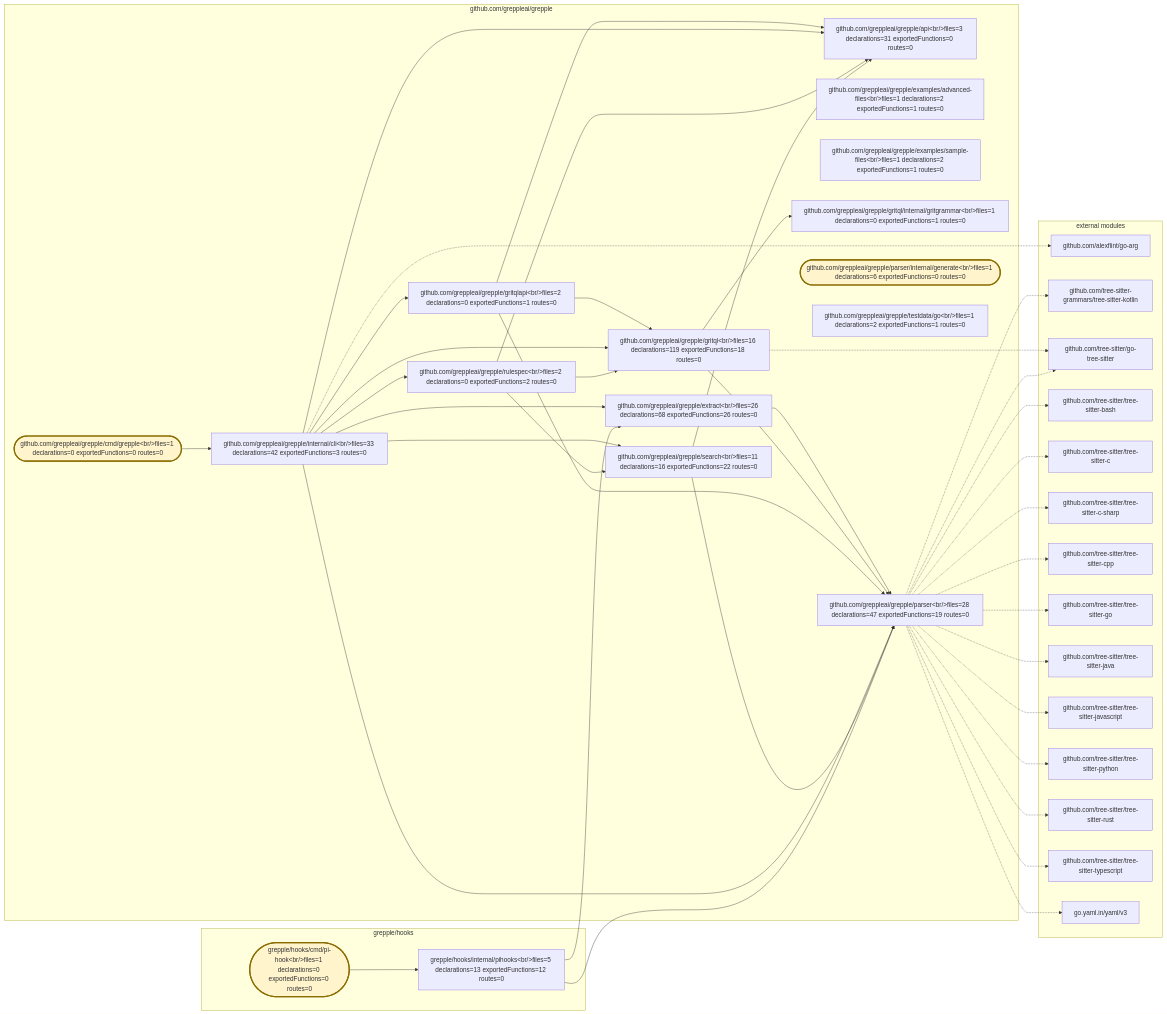
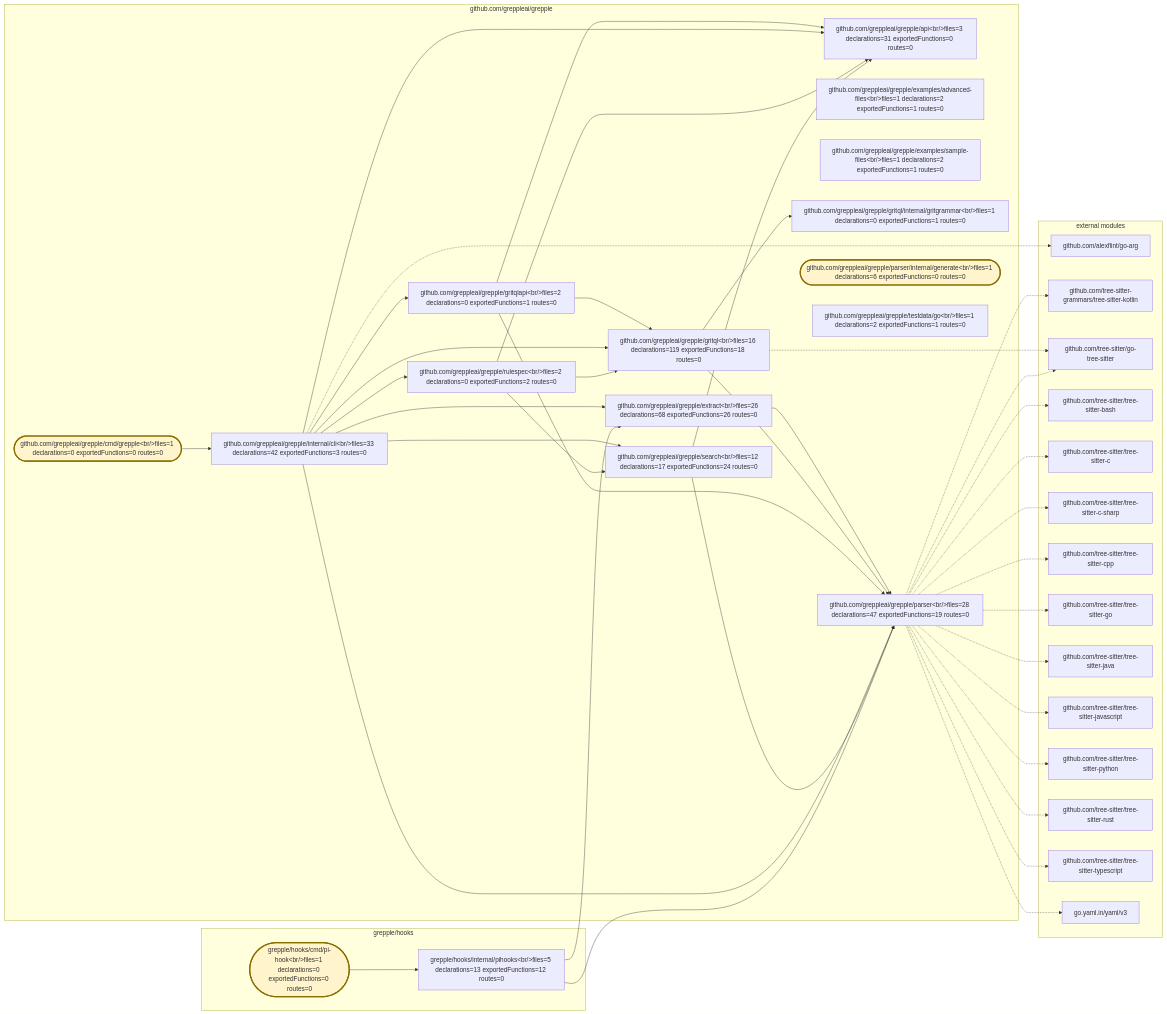
Before and after one commit to greppleai/grepple: the diagram in .grepple/project.workspace/overview.mmd, drawn with Mermaid. The commit also changed 16 other files, not shown here.

Commit message:
feat: filter focused graph queries

```diff
--- a/.grepple/project.workspace/overview.mmd
+++ b/.grepple/project.workspace/overview.mmd
@@ -1,78 +1,78 @@
 flowchart LR
     classDef entrypoint fill:#fff4cc,stroke:#8a6d00,stroke-width:3px
     subgraph module_0["github.com/greppleai/grepple"]
         package_0["github.com/greppleai/grepple/api&lt;br/&gt;files=3 declarations=31 exportedFunctions=0 routes=0"]
         package_1(["github.com/greppleai/grepple/cmd/grepple&lt;br/&gt;files=1 declarations=0 exportedFunctions=0 routes=0"])
         class package_1 entrypoint
         package_2["github.com/greppleai/grepple/examples/advanced-files&lt;br/&gt;files=1 declarations=2 exportedFunctions=1 routes=0"]
         package_3["github.com/greppleai/grepple/examples/sample-files&lt;br/&gt;files=1 declarations=2 exportedFunctions=1 routes=0"]
         package_4["github.com/greppleai/grepple/extract&lt;br/&gt;files=26 declarations=68 exportedFunctions=26 routes=0"]
         package_5["github.com/greppleai/grepple/gritql&lt;br/&gt;files=16 declarations=119 exportedFunctions=18 routes=0"]
         package_6["github.com/greppleai/grepple/gritql/internal/gritgrammar&lt;br/&gt;files=1 declarations=0 exportedFunctions=1 routes=0"]
         package_7["github.com/greppleai/grepple/gritqlapi&lt;br/&gt;files=2 declarations=0 exportedFunctions=1 routes=0"]
         package_8["github.com/greppleai/grepple/internal/cli&lt;br/&gt;files=33 declarations=42 exportedFunctions=3 routes=0"]
         package_9["github.com/greppleai/grepple/parser&lt;br/&gt;files=28 declarations=47 exportedFunctions=19 routes=0"]
         package_10(["github.com/greppleai/grepple/parser/internal/generate&lt;br/&gt;files=1 declarations=6 exportedFunctions=0 routes=0"])
         class package_10 entrypoint
         package_11["github.com/greppleai/grepple/rulespec&lt;br/&gt;files=2 declarations=0 exportedFunctions=2 routes=0"]
-        package_12["github.com/greppleai/grepple/search&lt;br/&gt;files=11 declarations=16 exportedFunctions=22 routes=0"]
+        package_12["github.com/greppleai/grepple/search&lt;br/&gt;files=12 declarations=17 exportedFunctions=24 routes=0"]
         package_13["github.com/greppleai/grepple/testdata/go&lt;br/&gt;files=1 declarations=2 exportedFunctions=1 routes=0"]
     end
     subgraph module_1["grepple/hooks"]
         package_14(["grepple/hooks/cmd/pi-hook&lt;br/&gt;files=1 declarations=0 exportedFunctions=0 routes=0"])
         class package_14 entrypoint
         package_15["grepple/hooks/internal/pihooks&lt;br/&gt;files=5 declarations=13 exportedFunctions=12 routes=0"]
     end
     package_1 --> package_8
     package_4 --> package_9
     package_5 --> package_6
     package_5 --> package_9
     package_7 --> package_0
     package_7 --> package_5
     package_7 --> package_9
     package_8 --> package_0
     package_8 --> package_4
     package_8 --> package_5
     package_8 --> package_7
     package_8 --> package_9
     package_8 --> package_11
     package_8 --> package_12
     package_11 --> package_0
     package_11 --> package_5
     package_11 --> package_12
     package_12 --> package_0
     package_12 --> package_9
     package_14 --> package_15
     package_15 --> package_4
     package_15 --> package_9
     subgraph external_dependencies["external modules"]
         external_0["github.com/alexflint/go-arg"]
         external_1["github.com/tree-sitter-grammars/tree-sitter-kotlin"]
         external_2["github.com/tree-sitter/go-tree-sitter"]
         external_3["github.com/tree-sitter/tree-sitter-bash"]
         external_4["github.com/tree-sitter/tree-sitter-c"]
         external_5["github.com/tree-sitter/tree-sitter-c-sharp"]
         external_6["github.com/tree-sitter/tree-sitter-cpp"]
         external_7["github.com/tree-sitter/tree-sitter-go"]
         external_8["github.com/tree-sitter/tree-sitter-java"]
         external_9["github.com/tree-sitter/tree-sitter-javascript"]
         external_10["github.com/tree-sitter/tree-sitter-python"]
         external_11["github.com/tree-sitter/tree-sitter-rust"]
         external_12["github.com/tree-sitter/tree-sitter-typescript"]
         external_13["go.yaml.in/yaml/v3"]
     end
     package_8 -.-> external_0
     package_9 -.-> external_1
     package_5 -.-> external_2
     package_9 -.-> external_2
     package_9 -.-> external_3
     package_9 -.-> external_4
     package_9 -.-> external_5
     package_9 -.-> external_6
     package_9 -.-> external_7
     package_9 -.-> external_8
     package_9 -.-> external_9
     package_9 -.-> external_10
     package_9 -.-> external_11
     package_9 -.-> external_12
     package_9 -.-> external_13
```
